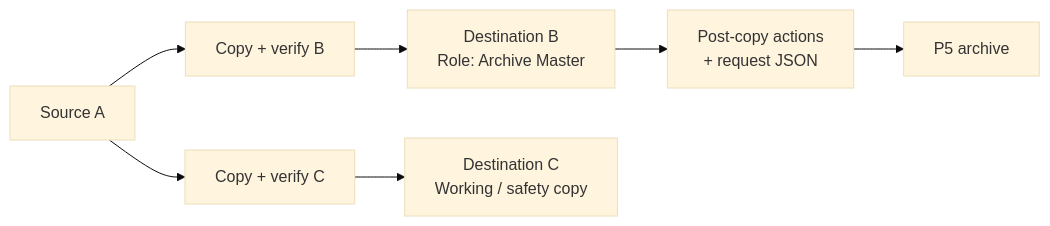
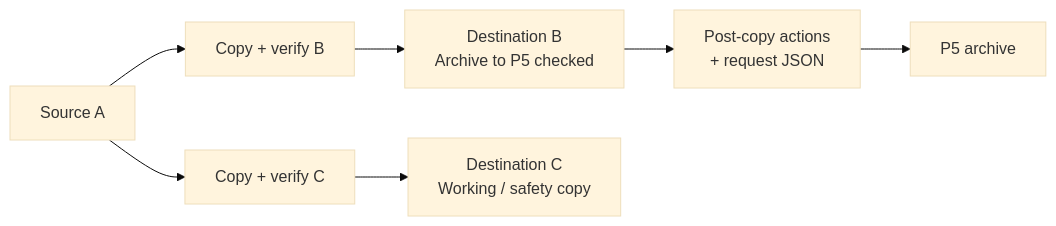
One commit to macvfx/MHL changed the sixth of 8 diagrams in CopyTrust_Illustrated_Workflow_Guide.md. Above: the diagram before and after it, drawn with Mermaid (base theme). The commit also changed other lines of this file and 9 other files, not shown here.

````diff
--- a/CopyTrust_Illustrated_Workflow_Guide.md
+++ b/CopyTrust_Illustrated_Workflow_Guide.md
@@ -123,9 +143,9 @@
 ```mermaid
 flowchart LR
     A["Source A"] --> VB["Copy + verify B"]
-    VB --> B["Destination B<br/>Role: Archive Master"]
+    VB --> B["Destination B<br/>Archive to P5 checked"]
     A --> VC["Copy + verify C"]
     VC --> C["Destination C<br/>Working / safety copy"]
     B --> P["Post-copy actions<br/>+ request JSON"]
     P --> P5["P5 archive"]
 ```
````
